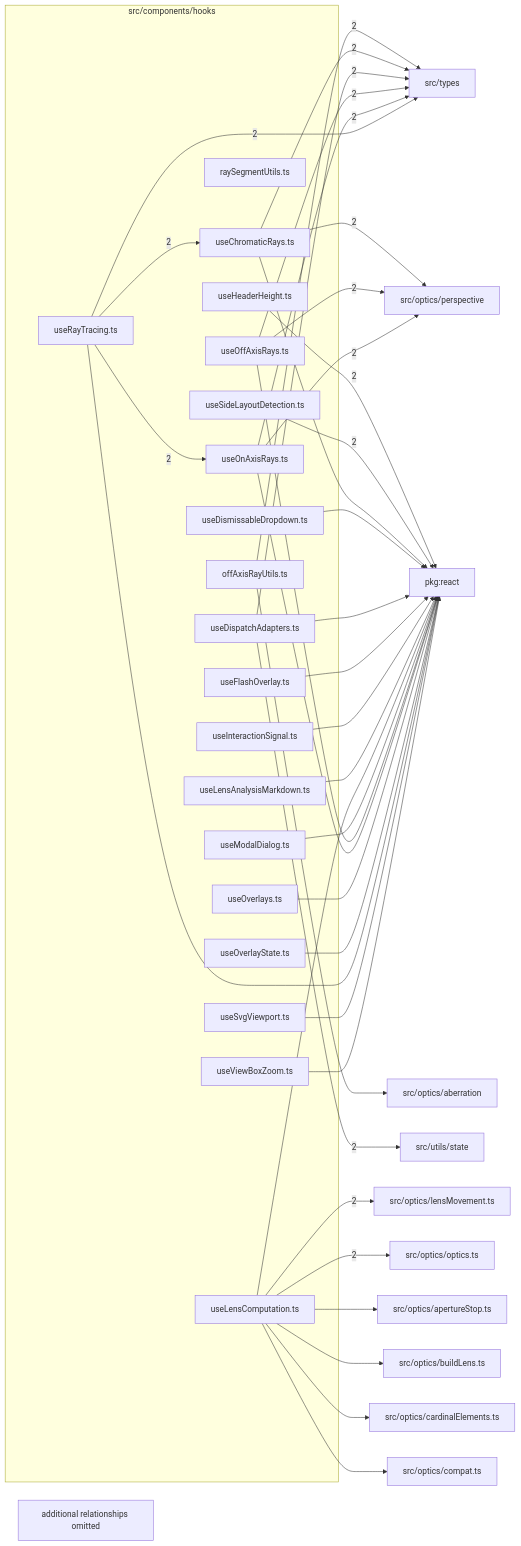
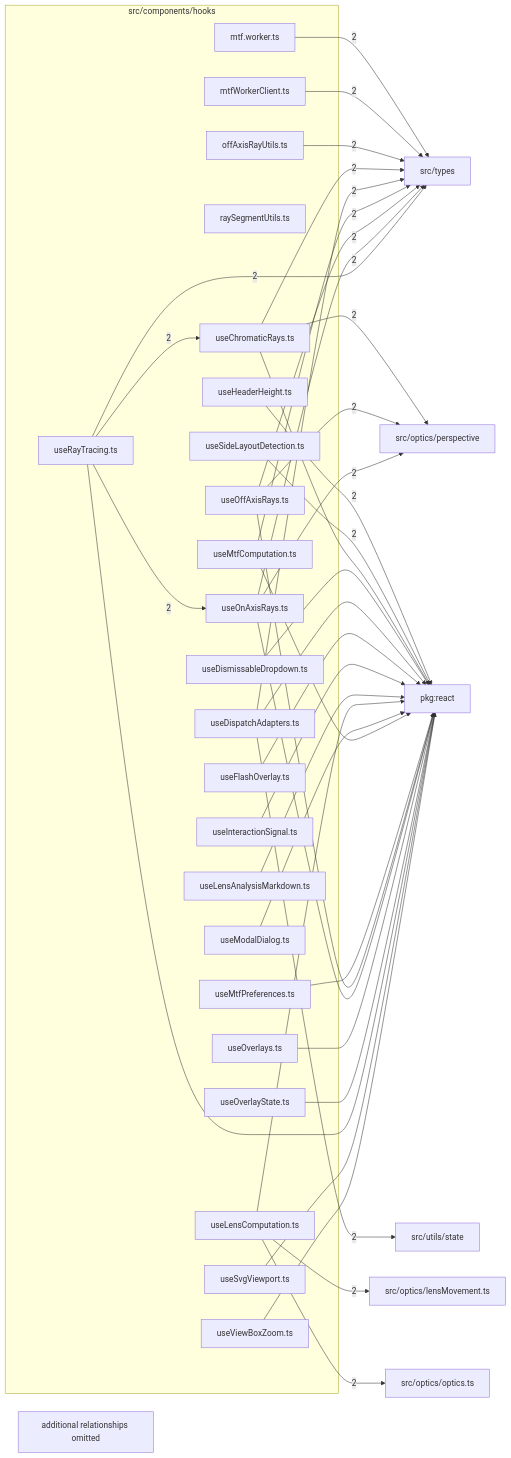
Before and after one commit to ronbuening/LensVisualizer: the diagram in src/components/hooks/readme.md, drawn with Mermaid. The commit also changed other lines of this file and 262 other files, not shown here.

Commit message:
Add simulated MTF with manufacturer-style charts, accuracy review and image-plane source audits (#736)

````diff
--- a/src/components/hooks/readme.md
+++ b/src/components/hooks/readme.md
@@ -9,72 +9,71 @@
 ```mermaid
 flowchart LR
   subgraph n_src_components_hooks["src/components/hooks"]
+    n_src_components_hooks_src_components_hooks_mtf_worker_ts["mtf.worker.ts"]
+    n_src_components_hooks_src_components_hooks_mtfWorkerClient_ts["mtfWorkerClient.ts"]
     n_src_components_hooks_src_components_hooks_offAxisRayUtils_ts["offAxisRayUtils.ts"]
     n_src_components_hooks_src_components_hooks_raySegmentUtils_ts["raySegmentUtils.ts"]
     n_src_components_hooks_src_components_hooks_useChromaticRays_ts["useChromaticRays.ts"]
     n_src_components_hooks_src_components_hooks_useDismissableDropdown_ts["useDismissableDropdown.ts"]
     n_src_components_hooks_src_components_hooks_useDispatchAdapters_ts["useDispatchAdapters.ts"]
     n_src_components_hooks_src_components_hooks_useFlashOverlay_ts["useFlashOverlay.ts"]
     n_src_components_hooks_src_components_hooks_useHeaderHeight_ts["useHeaderHeight.ts"]
     n_src_components_hooks_src_components_hooks_useInteractionSignal_ts["useInteractionSignal.ts"]
     n_src_components_hooks_src_components_hooks_useLensAnalysisMarkdown_ts["useLensAnalysisMarkdown.ts"]
     n_src_components_hooks_src_components_hooks_useLensComputation_ts["useLensComputation.ts"]
     n_src_components_hooks_src_components_hooks_useModalDialog_ts["useModalDialog.ts"]
+    n_src_components_hooks_src_components_hooks_useMtfComputation_ts["useMtfComputation.ts"]
+    n_src_components_hooks_src_components_hooks_useMtfPreferences_ts["useMtfPreferences.ts"]
     n_src_components_hooks_src_components_hooks_useOffAxisRays_ts["useOffAxisRays.ts"]
     n_src_components_hooks_src_components_hooks_useOnAxisRays_ts["useOnAxisRays.ts"]
     n_src_components_hooks_src_components_hooks_useOverlays_ts["useOverlays.ts"]
     n_src_components_hooks_src_components_hooks_useOverlayState_ts["useOverlayState.ts"]
     n_src_components_hooks_src_components_hooks_useRayTracing_ts["useRayTracing.ts"]
     n_src_components_hooks_src_components_hooks_useSideLayoutDetection_ts["useSideLayoutDetection.ts"]
     n_src_components_hooks_src_components_hooks_useSvgViewport_ts["useSvgViewport.ts"]
     n_src_components_hooks_src_components_hooks_useViewBoxZoom_ts["useViewBoxZoom.ts"]
   end
   n_external_pkg_react["pkg:react"]
   n_external_src_optics_lensMovement_ts["src/optics/lensMovement.ts"]
   n_external_src_optics_optics_ts["src/optics/optics.ts"]
   n_external_src_optics_perspective["src/optics/perspective"]
   n_external_src_types["src/types"]
   n_external_src_utils_state["src/utils/state"]
-  n_external_src_optics_aberration["src/optics/aberration"]
-  n_external_src_optics_apertureStop_ts["src/optics/apertureStop.ts"]
-  n_external_src_optics_buildLens_ts["src/optics/buildLens.ts"]
-  n_external_src_optics_cardinalElements_ts["src/optics/cardinalElements.ts"]
-  n_external_src_optics_compat_ts["src/optics/compat.ts"]
   n_src_components_hooks_src_components_hooks_useHeaderHeight_ts --> |2| n_external_pkg_react
   n_src_components_hooks_src_components_hooks_useSideLayoutDetection_ts --> |2| n_external_pkg_react
   n_src_components_hooks_src_components_hooks_useLensComputation_ts --> |2| n_external_src_optics_lensMovement_ts
   n_src_components_hooks_src_components_hooks_useLensComputation_ts --> |2| n_external_src_optics_optics_ts
   n_src_components_hooks_src_components_hooks_useChromaticRays_ts --> |2| n_external_src_optics_perspective
   n_src_components_hooks_src_components_hooks_useOffAxisRays_ts --> |2| n_external_src_optics_perspective
   n_src_components_hooks_src_components_hooks_useOnAxisRays_ts --> |2| n_external_src_optics_perspective
+  n_src_components_hooks_src_components_hooks_mtf_worker_ts --> |2| n_external_src_types
+  n_src_components_hooks_src_components_hooks_mtfWorkerClient_ts --> |2| n_external_src_types
   n_src_components_hooks_src_components_hooks_offAxisRayUtils_ts --> |2| n_external_src_types
   n_src_components_hooks_src_components_hooks_useChromaticRays_ts --> |2| n_external_src_types
   n_src_components_hooks_src_components_hooks_useDispatchAdapters_ts --> |2| n_external_src_types
+  n_src_components_hooks_src_components_hooks_useMtfComputation_ts --> |2| n_external_src_types
   n_src_components_hooks_src_components_hooks_useOffAxisRays_ts --> |2| n_external_src_types
   n_src_components_hooks_src_components_hooks_useOnAxisRays_ts --> |2| n_external_src_types
   n_src_components_hooks_src_components_hooks_useRayTracing_ts --> |2| n_external_src_types
   n_src_components_hooks_src_components_hooks_useDispatchAdapters_ts --> |2| n_external_src_utils_state
   n_src_components_hooks_src_components_hooks_useRayTracing_ts --> |2| n_src_components_hooks_src_components_hooks_useChromaticRays_ts
   n_src_components_hooks_src_components_hooks_useRayTracing_ts --> |2| n_src_components_hooks_src_components_hooks_useOnAxisRays_ts
   n_src_components_hooks_src_components_hooks_useChromaticRays_ts --> n_external_pkg_react
   n_src_components_hooks_src_components_hooks_useDismissableDropdown_ts --> n_external_pkg_react
   n_src_components_hooks_src_components_hooks_useDispatchAdapters_ts --> n_external_pkg_react
   n_src_components_hooks_src_components_hooks_useFlashOverlay_ts --> n_external_pkg_react
   n_src_components_hooks_src_components_hooks_useInteractionSignal_ts --> n_external_pkg_react
   n_src_components_hooks_src_components_hooks_useLensAnalysisMarkdown_ts --> n_external_pkg_react
   n_src_components_hooks_src_components_hooks_useLensComputation_ts --> n_external_pkg_react
   n_src_components_hooks_src_components_hooks_useModalDialog_ts --> n_external_pkg_react
+  n_src_components_hooks_src_components_hooks_useMtfComputation_ts --> n_external_pkg_react
+  n_src_components_hooks_src_components_hooks_useMtfPreferences_ts --> n_external_pkg_react
   n_src_components_hooks_src_components_hooks_useOffAxisRays_ts --> n_external_pkg_react
   n_src_components_hooks_src_components_hooks_useOnAxisRays_ts --> n_external_pkg_react
   n_src_components_hooks_src_components_hooks_useOverlays_ts --> n_external_pkg_react
   n_src_components_hooks_src_components_hooks_useOverlayState_ts --> n_external_pkg_react
   n_src_components_hooks_src_components_hooks_useRayTracing_ts --> n_external_pkg_react
   n_src_components_hooks_src_components_hooks_useSvgViewport_ts --> n_external_pkg_react
   n_src_components_hooks_src_components_hooks_useViewBoxZoom_ts --> n_external_pkg_react
-  n_src_components_hooks_src_components_hooks_offAxisRayUtils_ts --> n_external_src_optics_aberration
-  n_src_components_hooks_src_components_hooks_useLensComputation_ts --> n_external_src_optics_apertureStop_ts
-  n_src_components_hooks_src_components_hooks_useLensComputation_ts --> n_external_src_optics_buildLens_ts
-  n_src_components_hooks_src_components_hooks_useLensComputation_ts --> n_external_src_optics_cardinalElements_ts
-  n_src_components_hooks_src_components_hooks_useLensComputation_ts --> n_external_src_optics_compat_ts
   n_src_components_hooks_truncated["additional relationships omitted"]
 ```
````
